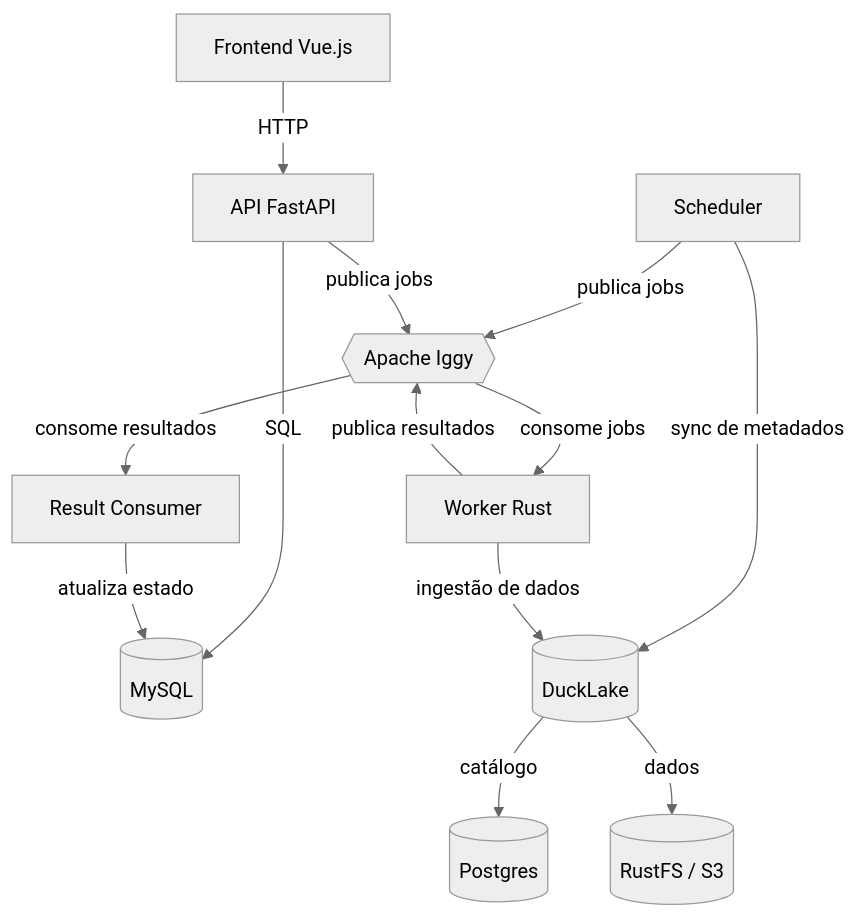
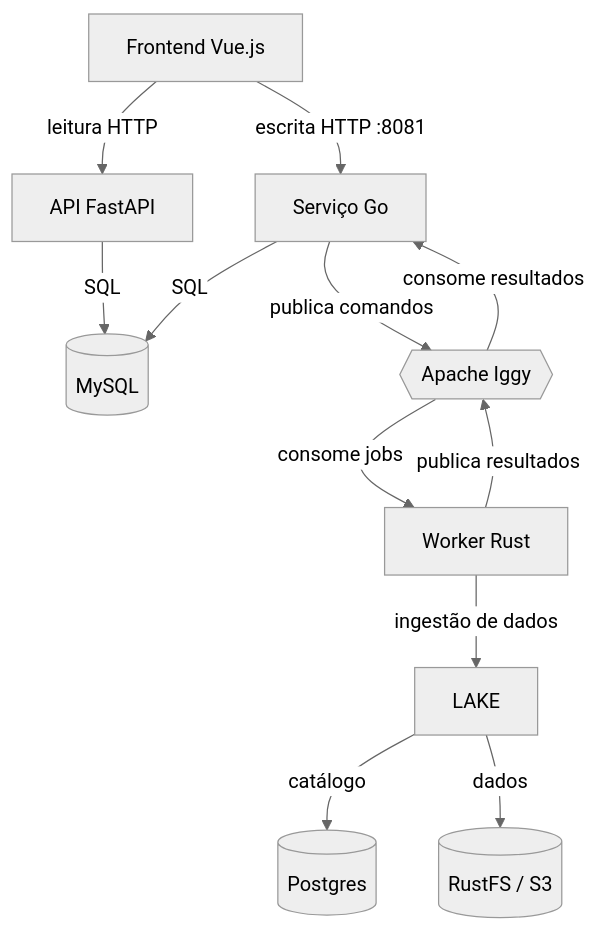
Before and after one commit to DadosAbertosBH/ckan-ingestor: the diagram in README.md, drawn with Mermaid (neutral theme). The commit also changed other lines of this file and 64 other files, not shown here.

````diff
--- a/README.md
+++ b/README.md
@@ -12,15 +12,14 @@
 ```mermaid
 graph TD
-    UI[Frontend Vue.js] -->|HTTP| API[API FastAPI]
+    UI[Frontend Vue.js] -->|leitura HTTP| API[API FastAPI]
+    UI -->|escrita HTTP :8081| GO[Serviço Go]
     API -->|SQL| MYSQL[(MySQL)]
-    SCHED[Scheduler] -->|sync de metadados| LAKE[(DuckLake)]
-    SCHED -->|publica jobs| IGGY{{Apache Iggy}}
-    API -->|publica jobs| IGGY
+    GO -->|SQL| MYSQL
+    GO -->|publica comandos| IGGY{{Apache Iggy}}
     IGGY -->|consome jobs| WORKER[Worker Rust]
     WORKER -->|ingestão de dados| LAKE
     WORKER -->|publica resultados| IGGY
-    IGGY -->|consome resultados| RESULT[Result Consumer]
-    RESULT -->|atualiza estado| MYSQL
+    IGGY -->|consome resultados| GO
     LAKE -->|catálogo| PG[(Postgres)]
     LAKE -->|dados| S3[(RustFS / S3)]
 ```
````
